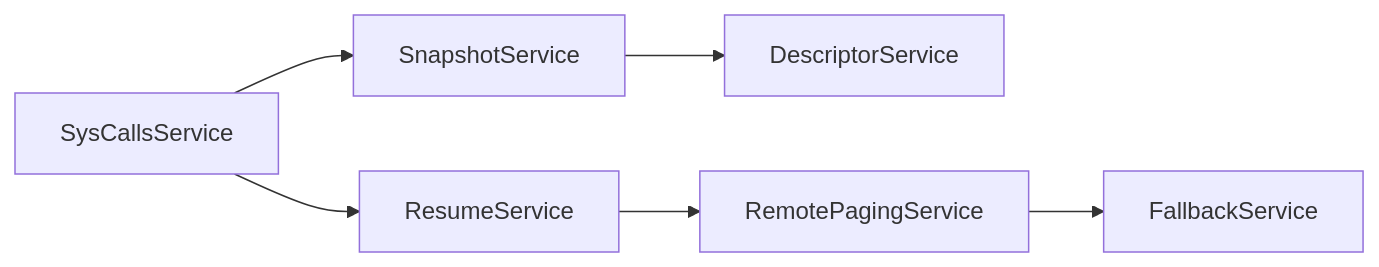
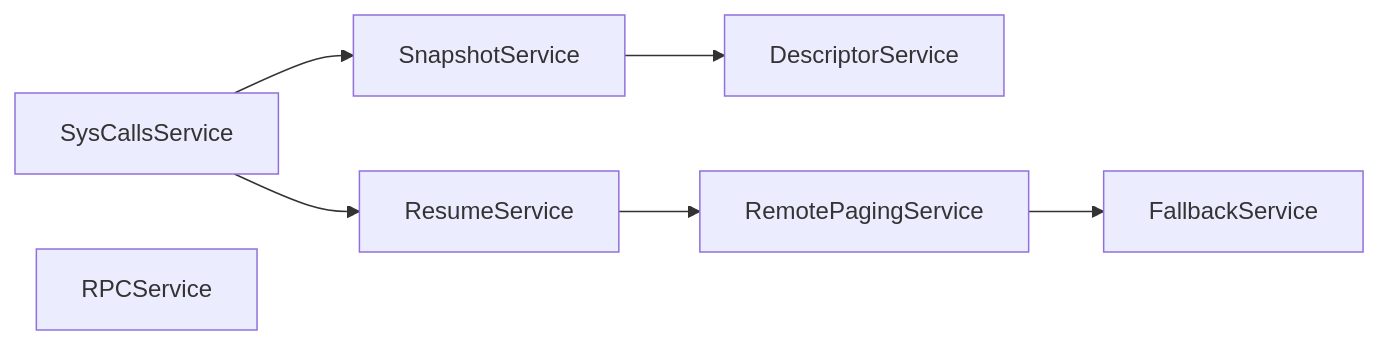
One commit to ProjectMitosisOS/mitosis-core changed the third of 3 diagrams in docs/mitosis-core.md. Above: the diagram before and after it, drawn with Mermaid. The commit also changed 7 other files, not shown here.

````diff
--- a/docs/mitosis-core.md
+++ b/docs/mitosis-core.md
@@ -102,19 +102,21 @@
 ```mermaid
 flowchart LR
 A[SnapshotService]
 B[DescriptorService]
 A --> B 
 
 C[RemotePagingService]
 D[FallbackService] 
 C --> D
 
 F[ResumeService]
 
 E[SysCallsService]
 
 
 E --> A
 E --> F
 F --> C
+
+G[RPCService]
 ```
````
